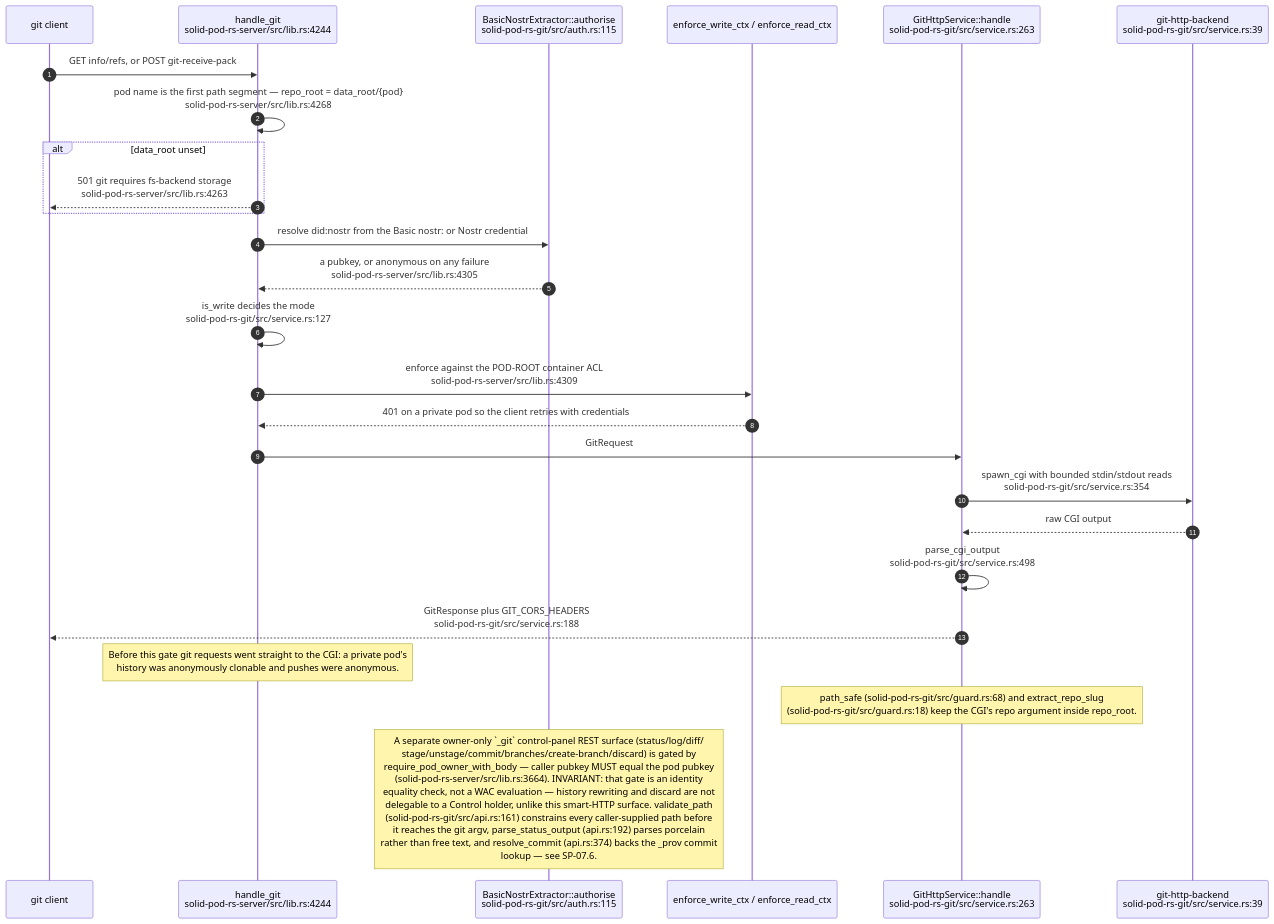
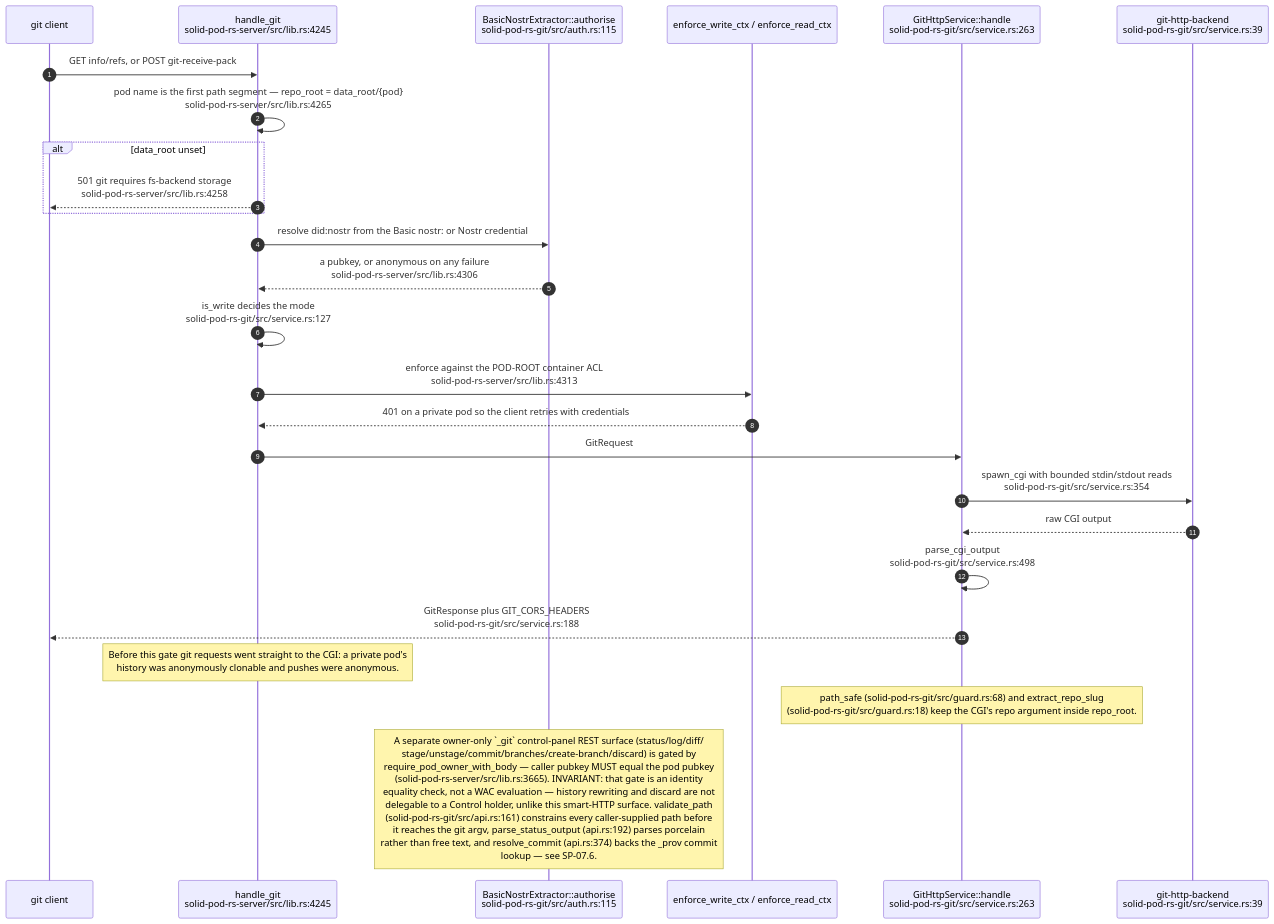
One commit to DreamLab-AI/VisionFlow changed diagram 11 of 11 in docs/diagrams/solid-pod-rs/06-storage-quota-and-git-pods.md. Above: the diagram before and after it, drawn with Mermaid. The commit also changed other lines of this file and 111 other files, not shown here.

Commit message:
docs(diagrams): align estate maps with current source

````diff
--- a/docs/diagrams/solid-pod-rs/06-storage-quota-and-git-pods.md
+++ b/docs/diagrams/solid-pod-rs/06-storage-quota-and-git-pods.md
@@ -313,30 +313,30 @@
 ```mermaid
 sequenceDiagram
     autonumber
     participant C as git client
-    participant H as handle_git<br/>solid-pod-rs-server/src/lib.rs:4244
+    participant H as handle_git<br/>solid-pod-rs-server/src/lib.rs:4245
     participant A as BasicNostrExtractor::authorise<br/>solid-pod-rs-git/src/auth.rs:115
     participant W as enforce_write_ctx / enforce_read_ctx
     participant S as GitHttpService::handle<br/>solid-pod-rs-git/src/service.rs:263
     participant CGI as git-http-backend<br/>solid-pod-rs-git/src/service.rs:39
 
     C->>H: GET info/refs, or POST git-receive-pack
-    H->>H: pod name is the first path segment — repo_root = data_root/{pod}<br/>solid-pod-rs-server/src/lib.rs:4268
+    H->>H: pod name is the first path segment — repo_root = data_root/{pod}<br/>solid-pod-rs-server/src/lib.rs:4265
     alt data_root unset
-        H-->>C: 501 git requires fs-backend storage<br/>solid-pod-rs-server/src/lib.rs:4263
+        H-->>C: 501 git requires fs-backend storage<br/>solid-pod-rs-server/src/lib.rs:4258
     end
     H->>A: resolve did:nostr from the Basic nostr: or Nostr credential
-    A-->>H: a pubkey, or anonymous on any failure<br/>solid-pod-rs-server/src/lib.rs:4305
+    A-->>H: a pubkey, or anonymous on any failure<br/>solid-pod-rs-server/src/lib.rs:4306
     H->>H: is_write decides the mode<br/>solid-pod-rs-git/src/service.rs:127
-    H->>W: enforce against the POD-ROOT container ACL<br/>solid-pod-rs-server/src/lib.rs:4309
+    H->>W: enforce against the POD-ROOT container ACL<br/>solid-pod-rs-server/src/lib.rs:4313
     W-->>H: 401 on a private pod so the client retries with credentials
     H->>S: GitRequest
     S->>CGI: spawn_cgi with bounded stdin/stdout reads<br/>solid-pod-rs-git/src/service.rs:354
     CGI-->>S: raw CGI output
     S->>S: parse_cgi_output<br/>solid-pod-rs-git/src/service.rs:498
     S-->>C: GitResponse plus GIT_CORS_HEADERS<br/>solid-pod-rs-git/src/service.rs:188
 
     Note over H: Before this gate git requests went straight to the CGI: a private pod's<br/>history was anonymously clonable and pushes were anonymous.
     Note over S: path_safe (solid-pod-rs-git/src/guard.rs:68) and extract_repo_slug<br/>(solid-pod-rs-git/src/guard.rs:18) keep the CGI's repo argument inside repo_root.
-    Note over A: A separate owner-only `_git` control-panel REST surface (status/log/diff/<br/>stage/unstage/commit/branches/create-branch/discard) is gated by<br/>require_pod_owner_with_body — caller pubkey MUST equal the pod pubkey<br/>(solid-pod-rs-server/src/lib.rs:3664). INVARIANT: that gate is an identity<br/>equality check, not a WAC evaluation — history rewriting and discard are not<br/>delegable to a Control holder, unlike this smart-HTTP surface. validate_path<br/>(solid-pod-rs-git/src/api.rs:161) constrains every caller-supplied path before<br/>it reaches the git argv, parse_status_output (api.rs:192) parses porcelain<br/>rather than free text, and resolve_commit (api.rs:374) backs the _prov commit<br/>lookup — see SP-07.6.
+    Note over A: A separate owner-only `_git` control-panel REST surface (status/log/diff/<br/>stage/unstage/commit/branches/create-branch/discard) is gated by<br/>require_pod_owner_with_body — caller pubkey MUST equal the pod pubkey<br/>(solid-pod-rs-server/src/lib.rs:3665). INVARIANT: that gate is an identity<br/>equality check, not a WAC evaluation — history rewriting and discard are not<br/>delegable to a Control holder, unlike this smart-HTTP surface. validate_path<br/>(solid-pod-rs-git/src/api.rs:161) constrains every caller-supplied path before<br/>it reaches the git argv, parse_status_output (api.rs:192) parses porcelain<br/>rather than free text, and resolve_commit (api.rs:374) backs the _prov commit<br/>lookup — see SP-07.6.
 ```
````
